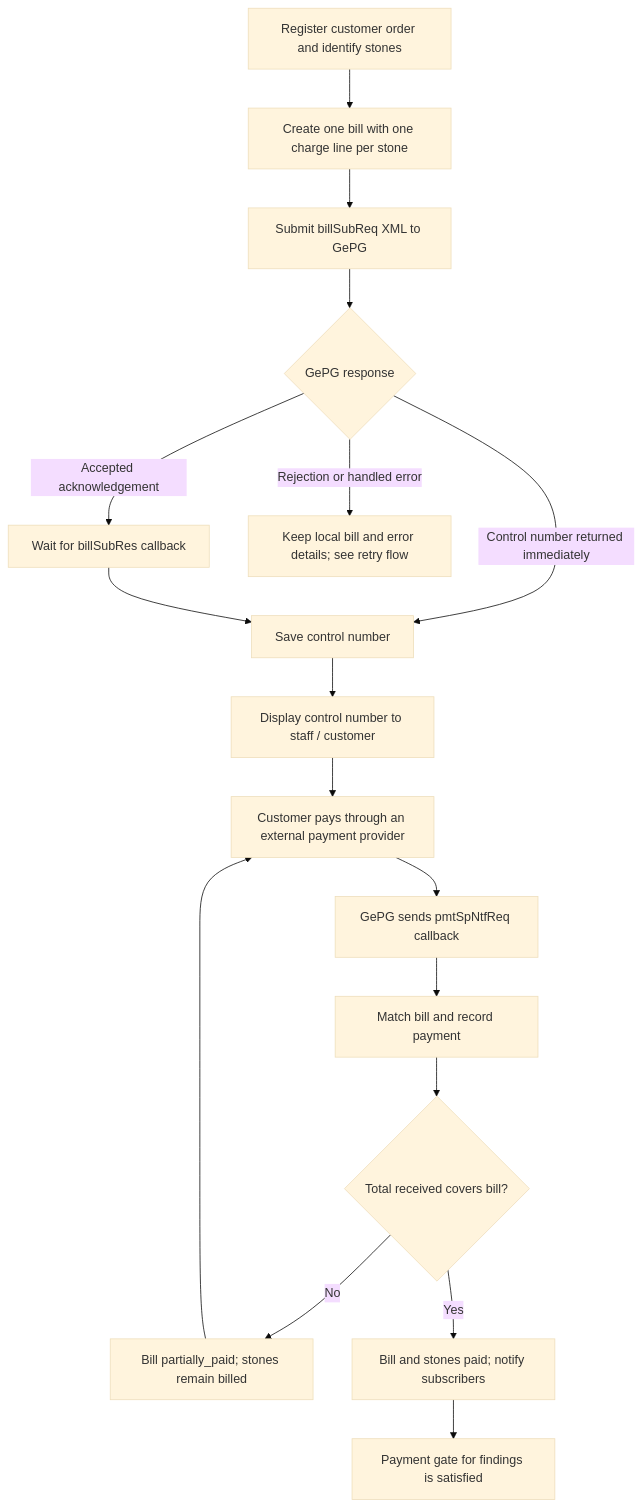
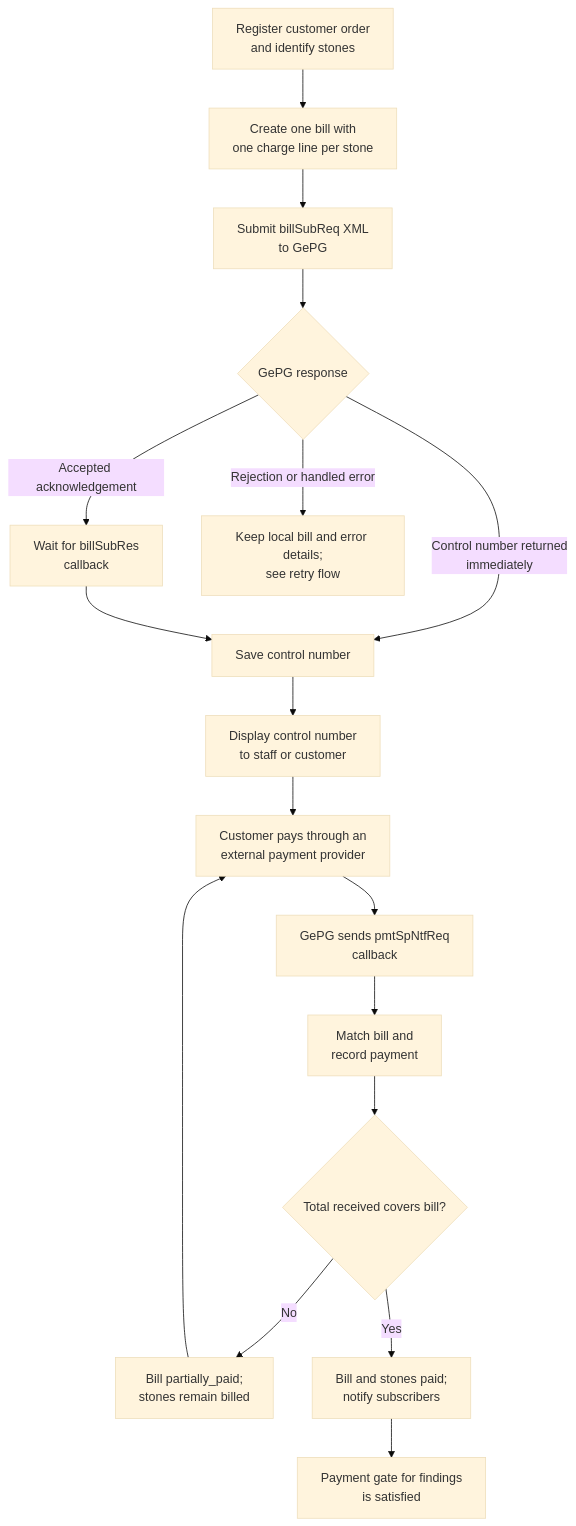
The first of 10 diagrams in docs/gepg/03_GEPG_FLOW_DIAGRAMS.md (TGCTZ/TGC-SERVICE-BACKEND), drawn with Mermaid (base theme) before and after one commit. The commit also changed other lines of this file and 23 other files, not shown here.

````diff
--- a/docs/gepg/03_GEPG_FLOW_DIAGRAMS.md
+++ b/docs/gepg/03_GEPG_FLOW_DIAGRAMS.md
@@ -24,19 +24,19 @@
 ```mermaid
 flowchart TD
-    A["Register customer order and identify stones"] --> B["Create one bill with one charge line per stone"]
-    B --> C["Submit billSubReq XML to GePG"]
+    A["Register customer order<br/>and identify stones"] --> B["Create one bill with<br/>one charge line per stone"]
+    B --> C["Submit billSubReq XML<br/>to GePG"]
     C --> D{"GePG response"}
-    D -->|"Control number returned immediately"| E["Save control number"]
-    D -->|"Accepted acknowledgement"| F["Wait for billSubRes callback"]
+    D -->|"Control number returned<br/>immediately"| E["Save control number"]
+    D -->|"Accepted acknowledgement"| F["Wait for billSubRes<br/>callback"]
     F --> E
-    D -->|"Rejection or handled error"| R["Keep local bill and error details; see retry flow"]
-    E --> G["Display control number to staff / customer"]
-    G --> H["Customer pays through an external payment provider"]
-    H --> I["GePG sends pmtSpNtfReq callback"]
-    I --> J["Match bill and record payment"]
+    D -->|"Rejection or handled error"| R["Keep local bill and error details;<br/>see retry flow"]
+    E --> G["Display control number<br/>to staff or customer"]
+    G --> H["Customer pays through an<br/>external payment provider"]
+    H --> I["GePG sends pmtSpNtfReq<br/>callback"]
+    I --> J["Match bill and<br/>record payment"]
     J --> K{"Total received covers bill?"}
-    K -->|No| L["Bill partially_paid; stones remain billed"]
+    K -->|No| L["Bill partially_paid;<br/>stones remain billed"]
     L --> H
-    K -->|Yes| M["Bill and stones paid; notify subscribers"]
-    M --> N["Payment gate for findings is satisfied"]
+    K -->|Yes| M["Bill and stones paid;<br/>notify subscribers"]
+    M --> N["Payment gate for findings<br/>is satisfied"]
 ```
````
